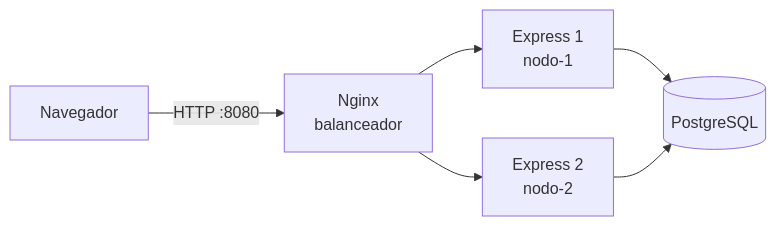
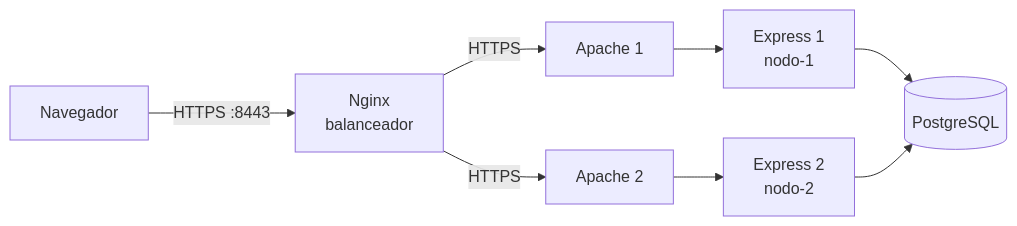
One commit to JeffersonUU7/mama-toyo-pedidos changed the second of 3 diagrams in docs/ARQUITECTURA.md. Above: the diagram before and after it, drawn with Mermaid. The commit also changed other lines of this file and 23 other files, not shown here.

````diff
--- a/docs/ARQUITECTURA.md
+++ b/docs/ARQUITECTURA.md
@@ -52,8 +56,6 @@
 ```mermaid
 flowchart LR
-    N["Navegador"] -- "HTTP :8080" --> NG["Nginx<br/>balanceador"]
-    NG --> E1["Express 1<br/>nodo-1"]
-    NG --> E2["Express 2<br/>nodo-2"]
-    E1 --> DB[("PostgreSQL")]
-    E2 --> DB
+    N["Navegador"] -- "HTTPS :8443" --> NG["Nginx<br/>balanceador"]
+    NG -- "HTTPS" --> A1["Apache 1"] --> E1["Express 1<br/>nodo-1"] --> DB[("PostgreSQL")]
+    NG -- "HTTPS" --> A2["Apache 2"] --> E2["Express 2<br/>nodo-2"] --> DB
 ```
````
